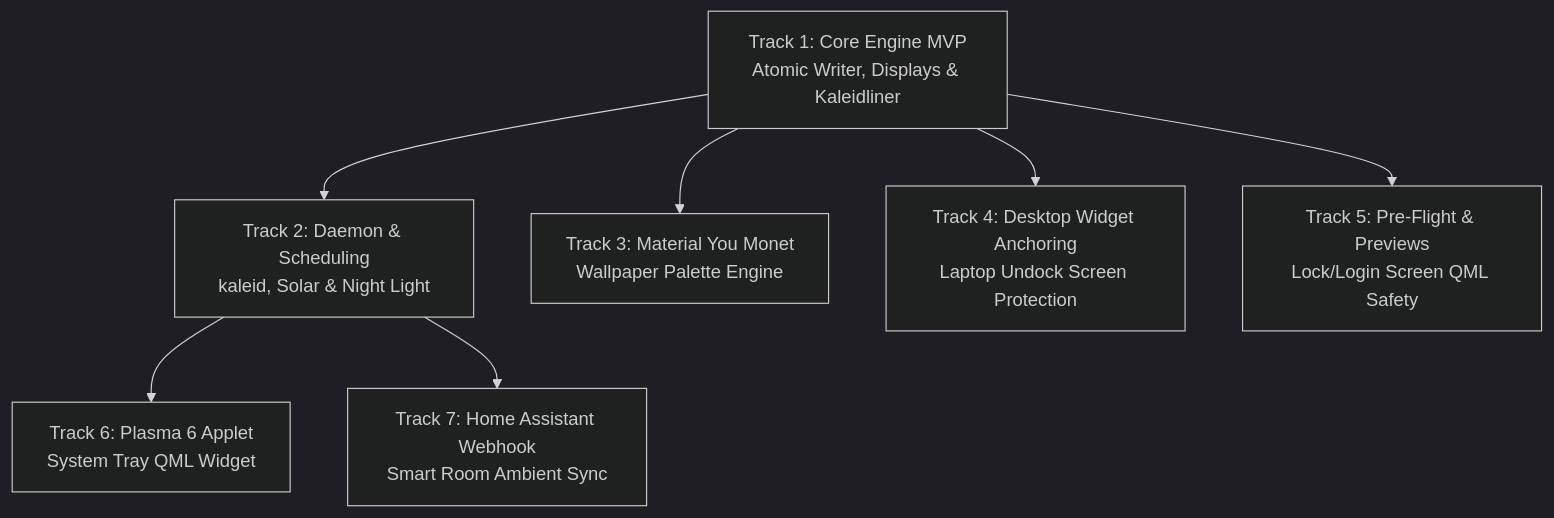
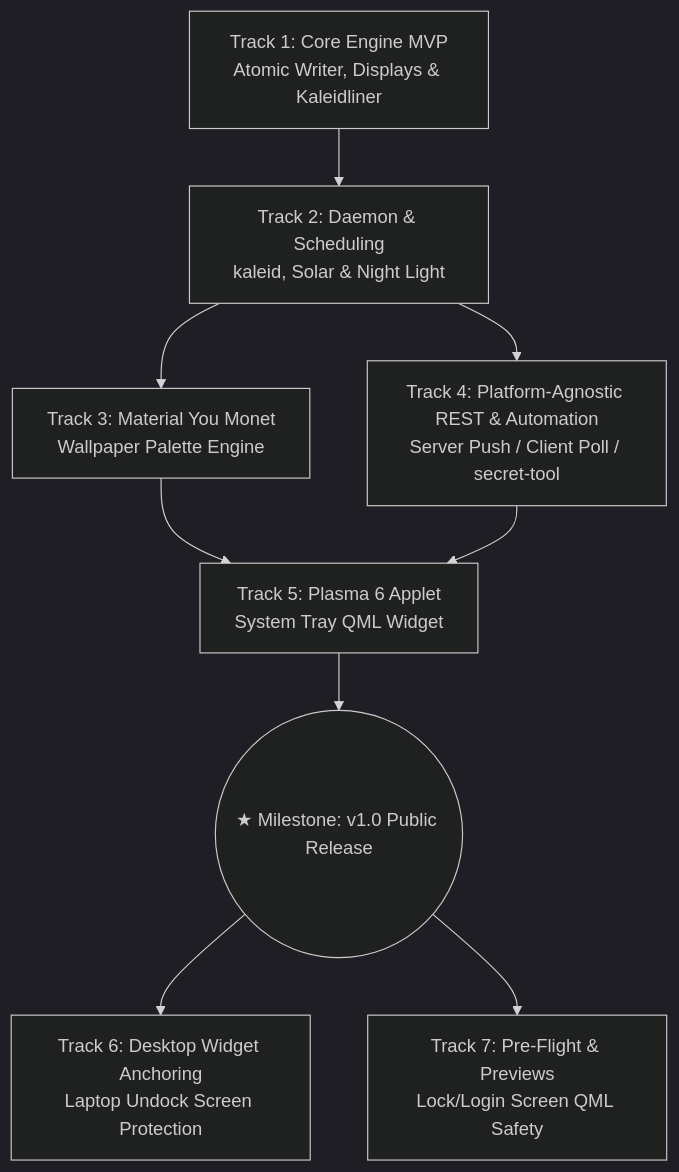
The diagram in conductor/roadmap.md (l3enjamin/Kaleidos), drawn with Mermaid (dark theme) before and after one commit. The commit also changed other lines of this file and 2 other files, not shown here.

Commit message:
docs(conductor): resequence tracks for v1 UI release gate and generalize platform-agnostic automation

````diff
--- a/conductor/roadmap.md
+++ b/conductor/roadmap.md
@@ -22,9 +22,11 @@
 ```mermaid
 graph TD
     T1[Track 1: Core Engine MVP<br/>Atomic Writer, Displays & Kaleidliner] --> T2[Track 2: Daemon & Scheduling<br/>kaleid, Solar & Night Light]
-    T1 --> T3[Track 3: Material You Monet<br/>Wallpaper Palette Engine]
-    T1 --> T4[Track 4: Desktop Widget Anchoring<br/>Laptop Undock Screen Protection]
-    T1 --> T5[Track 5: Pre-Flight & Previews<br/>Lock/Login Screen QML Safety]
-    T2 --> T6[Track 6: Plasma 6 Applet<br/>System Tray QML Widget]
-    T2 --> T7[Track 7: Home Assistant Webhook<br/>Smart Room Ambient Sync]
+    T2 --> T3[Track 3: Material You Monet<br/>Wallpaper Palette Engine]
+    T2 --> T4[Track 4: Platform-Agnostic REST & Automation<br/>Server Push / Client Poll / secret-tool]
+    T3 --> T5[Track 5: Plasma 6 Applet<br/>System Tray QML Widget]
+    T4 --> T5
+    T5 --> V1((★ Milestone: v1.0 Public Release))
+    V1 --> T6[Track 6: Desktop Widget Anchoring<br/>Laptop Undock Screen Protection]
+    V1 --> T7[Track 7: Pre-Flight & Previews<br/>Lock/Login Screen QML Safety]
 ```
````
